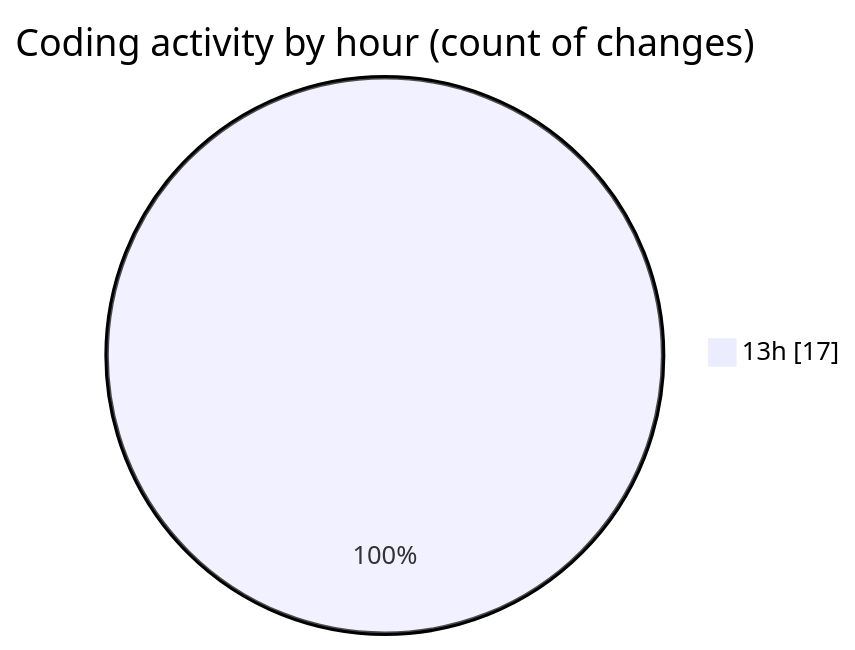
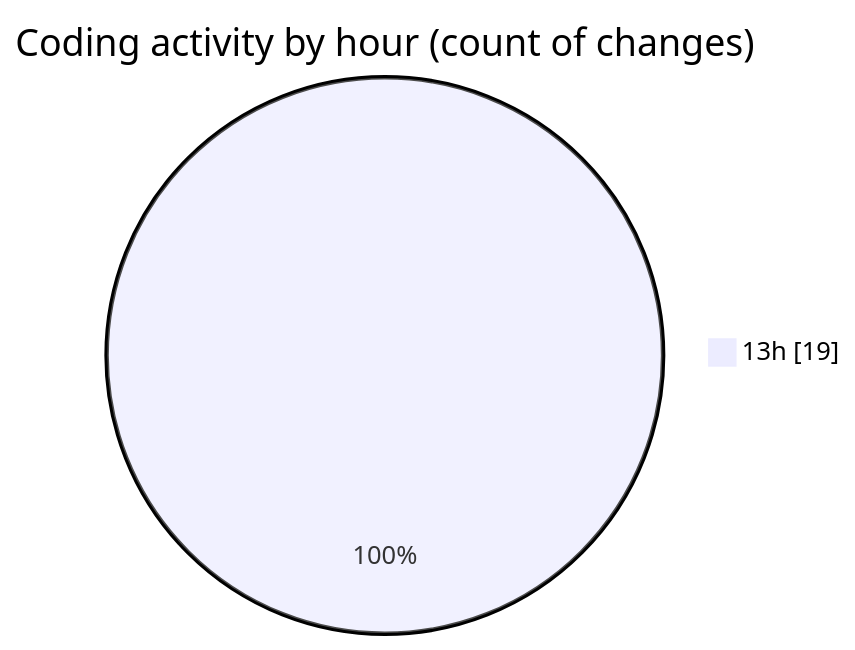
One commit to donsfak/code-tracking changed the second of 2 diagrams in 2025-02-24/drivers_app/README.md. Above: the diagram before and after it, drawn with Mermaid. The commit also changed other lines of this file and 1 other file, not shown here.

````diff
--- a/2025-02-24/drivers_app/README.md
+++ b/2025-02-24/drivers_app/README.md
@@ -34,5 +34,5 @@
 ```mermaid
 pie showData
 title Coding activity by hour (count of changes)
-"13h" : 17
+"13h" : 19
 ```
````
